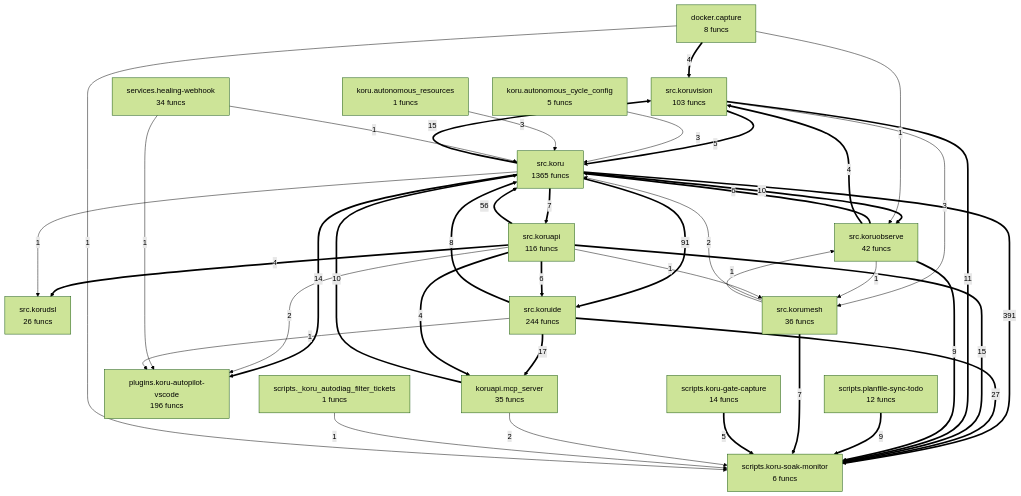
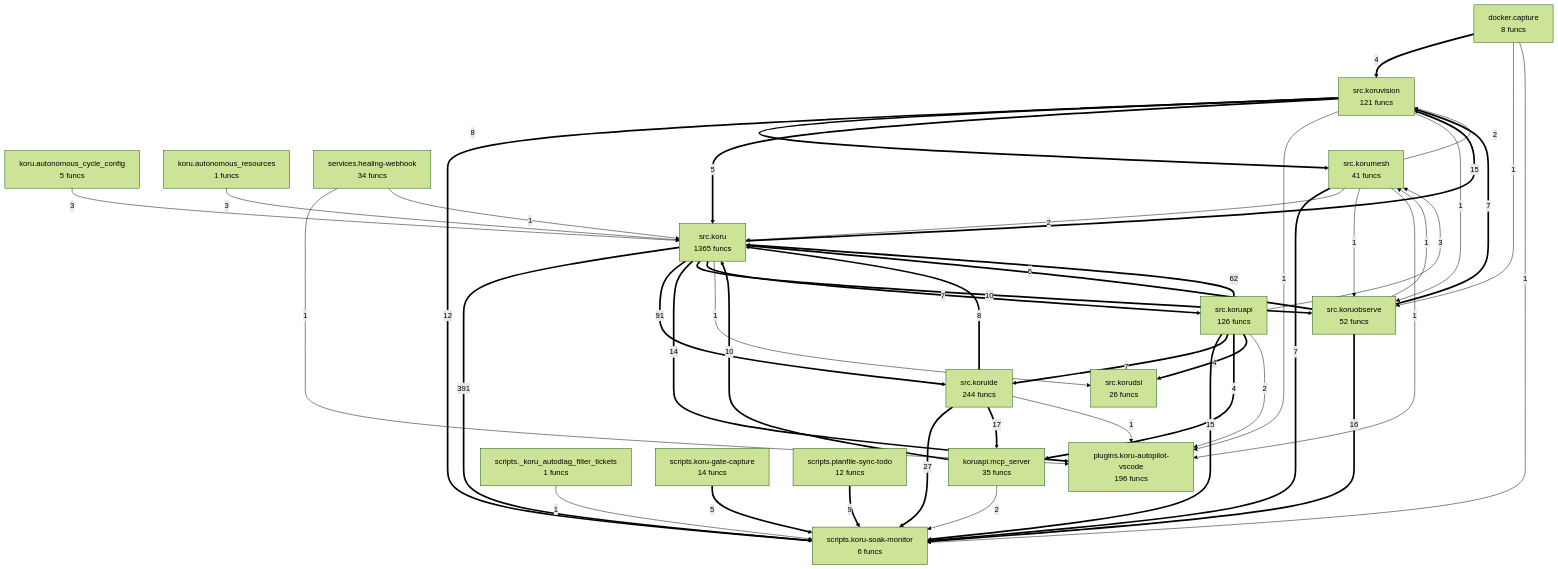
Before and after one commit to semcod/koru: the diagram in project/compact_flow.mmd, drawn with Mermaid (forest theme). The commit also changed 44 other files, not shown here.

```diff
--- a/project/compact_flow.mmd
+++ b/project/compact_flow.mmd
@@ -1,59 +1,63 @@
 flowchart TD
 %% generated in 0.12s
     docker__capture["docker.capture<br/>8 funcs"]
     koru__autonomous_cycle_config["koru.autonomous_cycle_config<br/>5 funcs"]
     koru__autonomous_resources["koru.autonomous_resources<br/>1 funcs"]
     koruapi__mcp_server["koruapi.mcp_server<br/>35 funcs"]
     plugins__koru_autopilot_vscode["plugins.koru-autopilot-vscode<br/>196 funcs"]
     scripts___koru_autodiag_filter_tickets["scripts._koru_autodiag_filter_tickets<br/>1 funcs"]
     scripts__koru_gate_capture["scripts.koru-gate-capture<br/>14 funcs"]
     scripts__koru_soak_monitor["scripts.koru-soak-monitor<br/>6 funcs"]
     scripts__planfile_sync_todo["scripts.planfile-sync-todo<br/>12 funcs"]
     services__healing_webhook["services.healing-webhook<br/>34 funcs"]
     src__koru["src.koru<br/>1365 funcs"]
-    src__koruapi["src.koruapi<br/>116 funcs"]
+    src__koruapi["src.koruapi<br/>126 funcs"]
     src__korudsl["src.korudsl<br/>26 funcs"]
     src__koruide["src.koruide<br/>244 funcs"]
-    src__korumesh["src.korumesh<br/>36 funcs"]
-    src__koruobserve["src.koruobserve<br/>42 funcs"]
-    src__koruvision["src.koruvision<br/>103 funcs"]
+    src__korumesh["src.korumesh<br/>41 funcs"]
+    src__koruobserve["src.koruobserve<br/>52 funcs"]
+    src__koruvision["src.koruvision<br/>121 funcs"]
     src__koru ==>|391| scripts__koru_soak_monitor
     src__koru ==>|91| src__koruide
-    src__koruapi ==>|56| src__koru
+    src__koruapi ==>|62| src__koru
     src__koruide ==>|27| scripts__koru_soak_monitor
     src__koruide ==>|17| koruapi__mcp_server
+    src__koruobserve ==>|16| scripts__koru_soak_monitor
     src__koruapi ==>|15| scripts__koru_soak_monitor
     src__koru ==>|15| src__koruvision
     src__koru ==>|14| plugins__koru_autopilot_vscode
-    src__koruvision ==>|11| scripts__koru_soak_monitor
+    src__koruvision ==>|12| scripts__koru_soak_monitor
     koruapi__mcp_server ==>|10| src__koru
     src__koru ==>|10| src__koruobserve
-    src__koruobserve ==>|9| scripts__koru_soak_monitor
     scripts__planfile_sync_todo ==>|9| scripts__koru_soak_monitor
     src__koruide ==>|8| src__koru
+    src__koruvision ==>|8| src__korumesh
+    src__koruobserve ==>|7| src__koruvision
+    src__koruapi ==>|7| src__koruide
     src__korumesh ==>|7| scripts__koru_soak_monitor
     src__koru ==>|7| src__koruapi
     src__koruobserve ==>|6| src__koru
-    src__koruapi ==>|6| src__koruide
     src__koruvision ==>|5| src__koru
     scripts__koru_gate_capture ==>|5| scripts__koru_soak_monitor
-    src__koruobserve ==>|4| src__koruvision
     src__koruapi ==>|4| koruapi__mcp_server
     src__koruapi ==>|4| src__korudsl
     docker__capture ==>|4| src__koruvision
-    src__koruvision -->|3| src__korumesh
     koru__autonomous_cycle_config -->|3| src__koru
     koru__autonomous_resources -->|3| src__koru
+    src__koruapi -->|3| src__korumesh
     src__koruapi -->|2| plugins__koru_autopilot_vscode
     koruapi__mcp_server -->|2| scripts__koru_soak_monitor
     src__korumesh -->|2| src__koru
+    src__korumesh -->|2| src__koruvision
     services__healing_webhook -->|1| plugins__koru_autopilot_vscode
     services__healing_webhook -->|1| src__koru
     src__koruobserve -->|1| src__korumesh
     src__korumesh -->|1| src__koruobserve
     src__koruide -->|1| plugins__koru_autopilot_vscode
     src__koru -->|1| src__korudsl
-    scripts___koru_autodiag_filter_tickets -->|1| scripts__koru_soak_monitor
-    src__koruapi -->|1| src__korumesh
     docker__capture -->|1| src__koruobserve
     docker__capture -->|1| scripts__koru_soak_monitor
+    scripts___koru_autodiag_filter_tickets -->|1| scripts__koru_soak_monitor
+    src__koruvision -->|1| plugins__koru_autopilot_vscode
+    src__koruvision -->|1| src__koruobserve
+    src__korumesh -->|1| plugins__koru_autopilot_vscode
```
